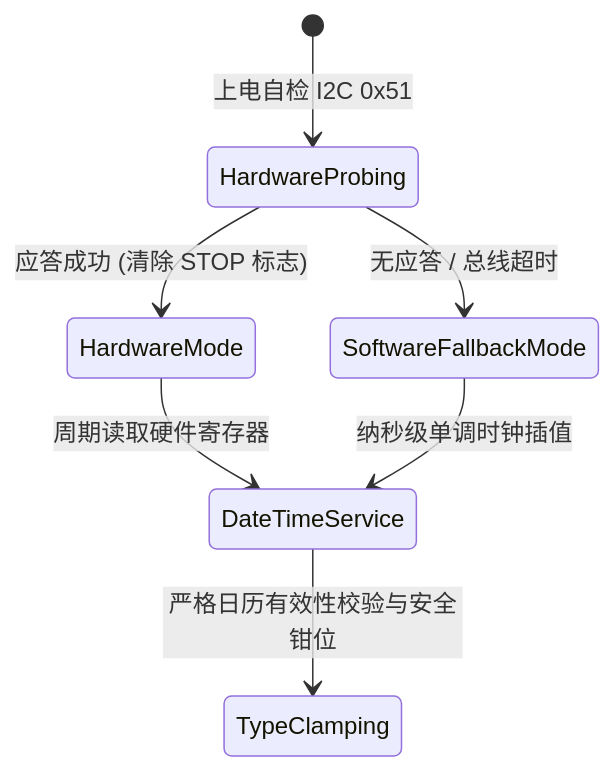
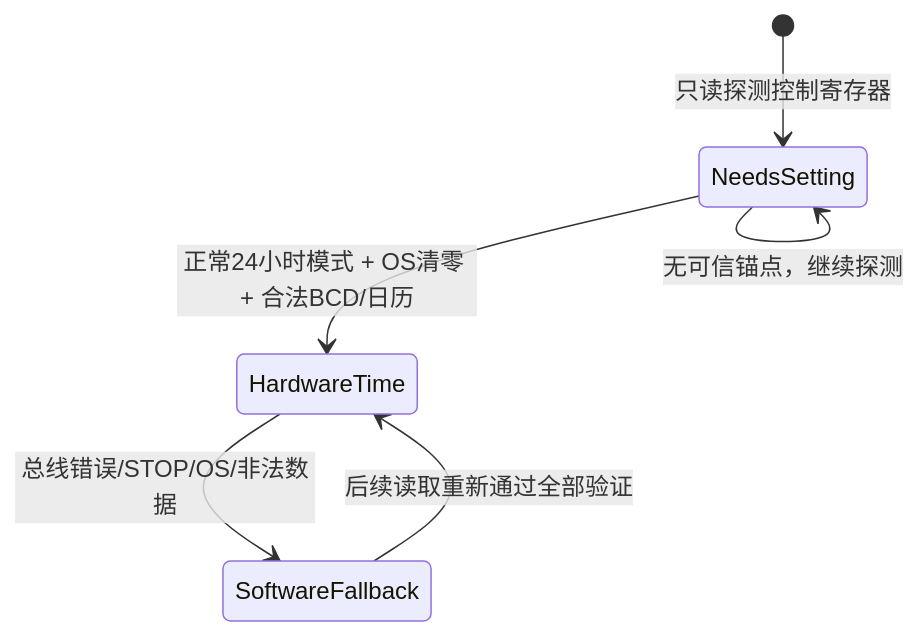
Before and after one commit to onenewcode/digivice: the third of 4 diagrams in docs/architecture/01-hardware-and-bsp.md, drawn with Mermaid. The commit also changed other lines of this file and 179 other files, not shown here.

````diff
--- a/docs/architecture/01-hardware-and-bsp.md
+++ b/docs/architecture/01-hardware-and-bsp.md
@@ -107,9 +160,8 @@
 ```mermaid
 stateDiagram-v2
-    [*] --> HardwareProbing: 上电自检 I2C 0x51
-    HardwareProbing --> HardwareMode: 应答成功 (清除 STOP 标志)
-    HardwareProbing --> SoftwareFallbackMode: 无应答 / 总线超时
-    HardwareMode --> DateTimeService: 周期读取硬件寄存器
-    SoftwareFallbackMode --> DateTimeService: 纳秒级单调时钟插值
-    DateTimeService --> TypeClamping: 严格日历有效性校验与安全钳位
+    [*] --> NeedsSetting: 只读探测控制寄存器
+    NeedsSetting --> HardwareTime: 正常24小时模式 + OS清零 + 合法BCD/日历
+    HardwareTime --> SoftwareFallback: 总线错误/STOP/OS/非法数据
+    SoftwareFallback --> HardwareTime: 后续读取重新通过全部验证
+    NeedsSetting --> NeedsSetting: 无可信锚点，继续探测
 ```
````
